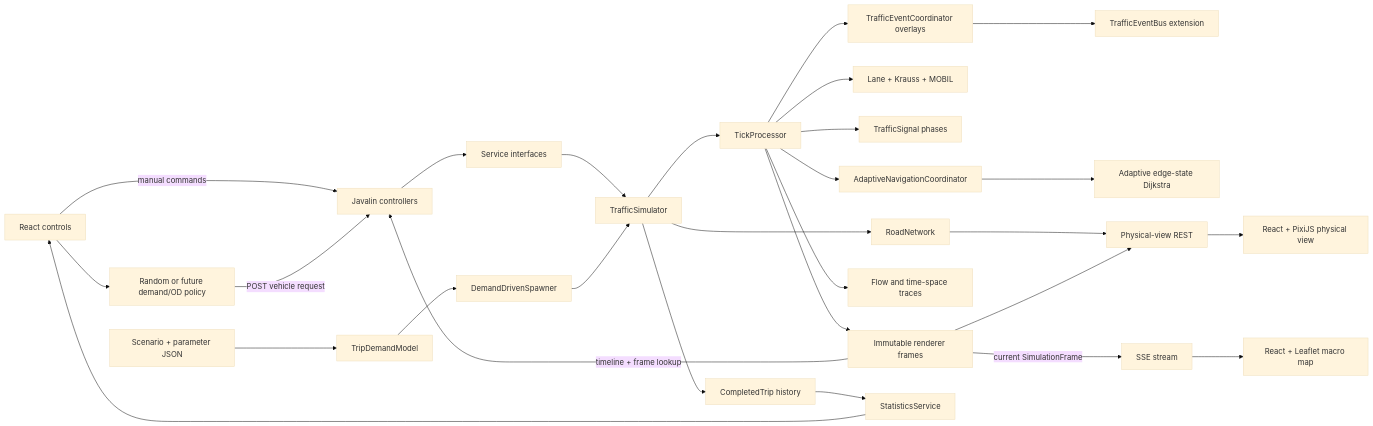
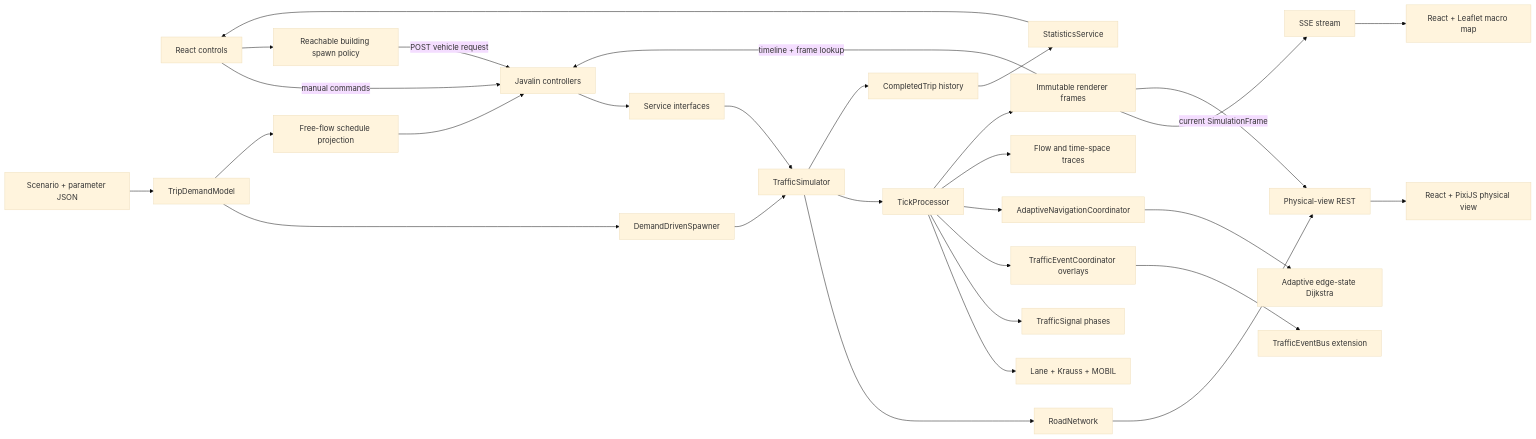
One commit to binhnguyenag07-ops/Traffic-Event-System changed the diagram in docs/ARCHITECTURE.md. Above: the diagram before and after it, drawn with Mermaid (base theme). The commit also changed other lines of this file and 72 other files, not shown here.

````diff
--- a/docs/ARCHITECTURE.md
+++ b/docs/ARCHITECTURE.md
@@ -166,30 +171,32 @@
 ```mermaid
 flowchart LR
     UI["React controls"] -->|manual commands| API["Javalin controllers"]
-    UI --> SpawnPolicy["Random or future demand/OD policy"]
+    UI --> SpawnPolicy["Reachable building spawn policy"]
     SpawnPolicy -->|POST vehicle request| API
     API --> Services["Service interfaces"]
     Services --> Simulator["TrafficSimulator"]
     Scenario["Scenario + parameter JSON"] --> Demand["TripDemandModel"]
     Demand --> Spawner["DemandDrivenSpawner"]
+    Demand --> Schedule["Free-flow schedule projection"]
+    Schedule --> API
     Spawner --> Simulator
     Simulator --> Graph["RoadNetwork"]
     Simulator --> Tick["TickProcessor"]
     Tick --> Dynamics["Lane + Krauss + MOBIL"]
     Tick --> Signals["TrafficSignal phases"]
     Tick --> Events["TrafficEventCoordinator overlays"]
     Events --> Bus["TrafficEventBus extension"]
     Tick --> Navigation["AdaptiveNavigationCoordinator"]
     Navigation --> AdaptiveRouter["Adaptive edge-state Dijkstra"]
     Tick --> Traces["Flow and time-space traces"]
     Tick --> Frames["Immutable renderer frames"]
     Frames -->|current SimulationFrame| SSE["SSE stream"]
     Frames -->|timeline + frame lookup| API
     SSE --> Macro["React + Leaflet macro map"]
     Graph --> PhysicalAPI["Physical-view REST"]
     Frames --> PhysicalAPI
     PhysicalAPI --> Physical["React + PixiJS physical view"]
     Simulator --> Trips["CompletedTrip history"]
     Trips --> Stats["StatisticsService"]
     Stats --> UI
 ```
````
